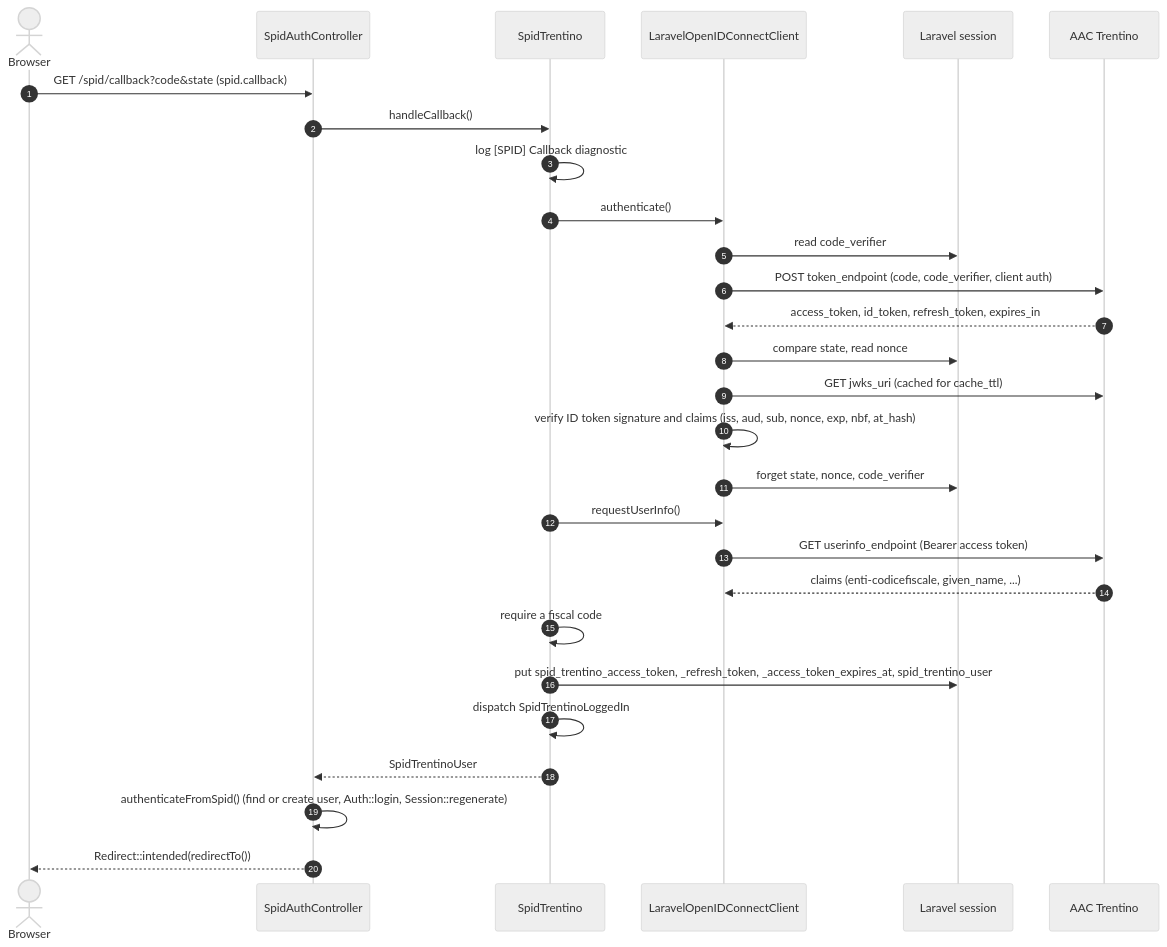
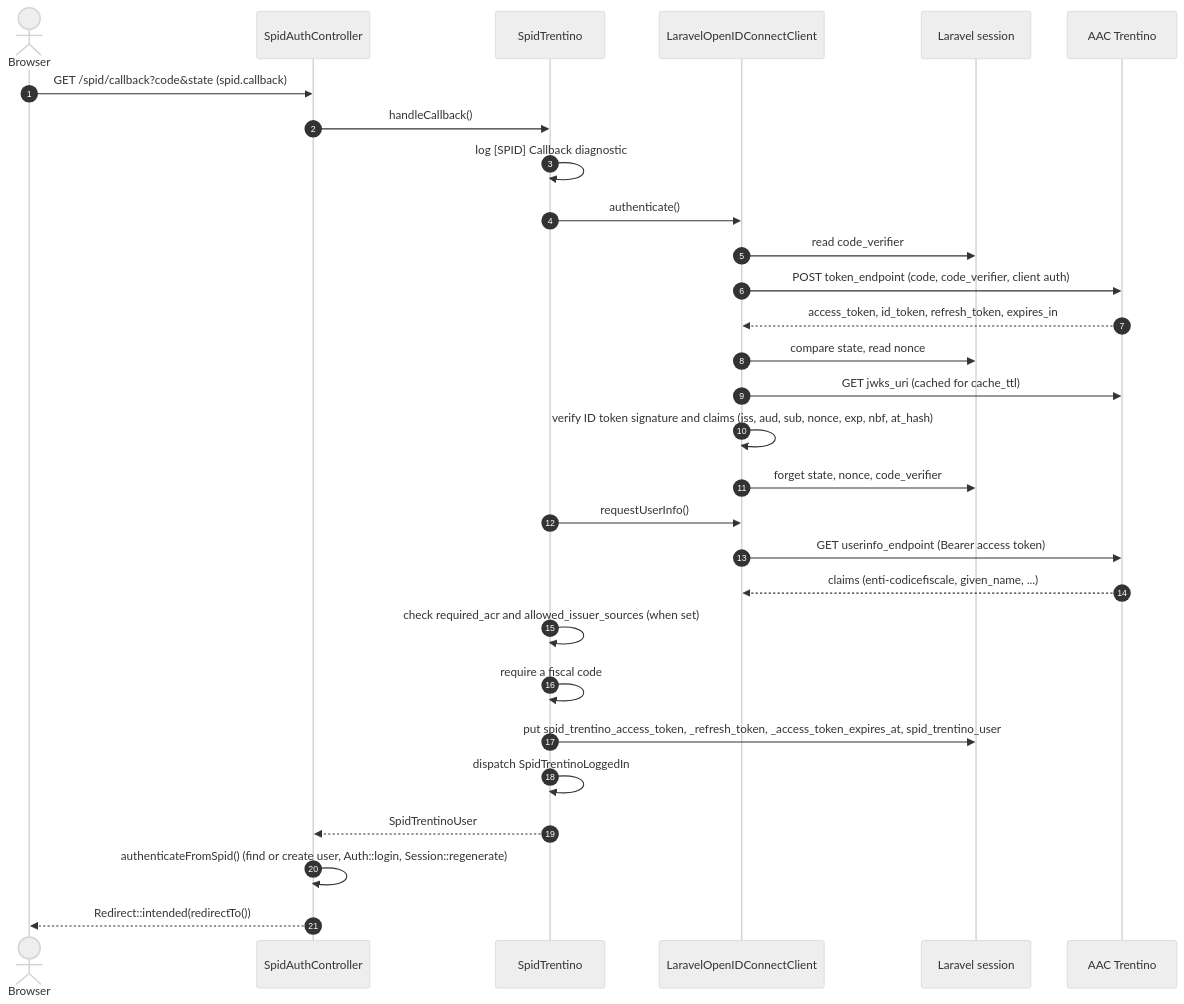
Before and after one commit to offline-agency/spid-laravel-trentino: the second of 3 diagrams in docs/authentication-flow.md, drawn with Mermaid (neutral theme). The commit also changed other lines of this file and 6 other files, not shown here.

````diff
--- a/docs/authentication-flow.md
+++ b/docs/authentication-flow.md
@@ -34,31 +34,32 @@
 ```mermaid
 sequenceDiagram
     autonumber
     actor B as Browser
     participant C as SpidAuthController
     participant S as SpidTrentino
     participant O as LaravelOpenIDConnectClient
     participant L as Laravel session
     participant A as AAC Trentino
 
     B->>C: GET /spid/callback?code&state (spid.callback)
     C->>S: handleCallback()
     S->>S: log [SPID] Callback diagnostic
     S->>O: authenticate()
     O->>L: read code_verifier
     O->>A: POST token_endpoint (code, code_verifier, client auth)
     A-->>O: access_token, id_token, refresh_token, expires_in
     O->>L: compare state, read nonce
     O->>A: GET jwks_uri (cached for cache_ttl)
     O->>O: verify ID token signature and claims (iss, aud, sub, nonce, exp, nbf, at_hash)
     O->>L: forget state, nonce, code_verifier
     S->>O: requestUserInfo()
     O->>A: GET userinfo_endpoint (Bearer access token)
     A-->>O: claims (enti-codicefiscale, given_name, ...)
+    S->>S: check required_acr and allowed_issuer_sources (when set)
     S->>S: require a fiscal code
     S->>L: put spid_trentino_access_token, _refresh_token, _access_token_expires_at, spid_trentino_user
     S->>S: dispatch SpidTrentinoLoggedIn
     S-->>C: SpidTrentinoUser
     C->>C: authenticateFromSpid() (find or create user, Auth::login, Session::regenerate)
     C-->>B: Redirect::intended(redirectTo())
 ```
````
